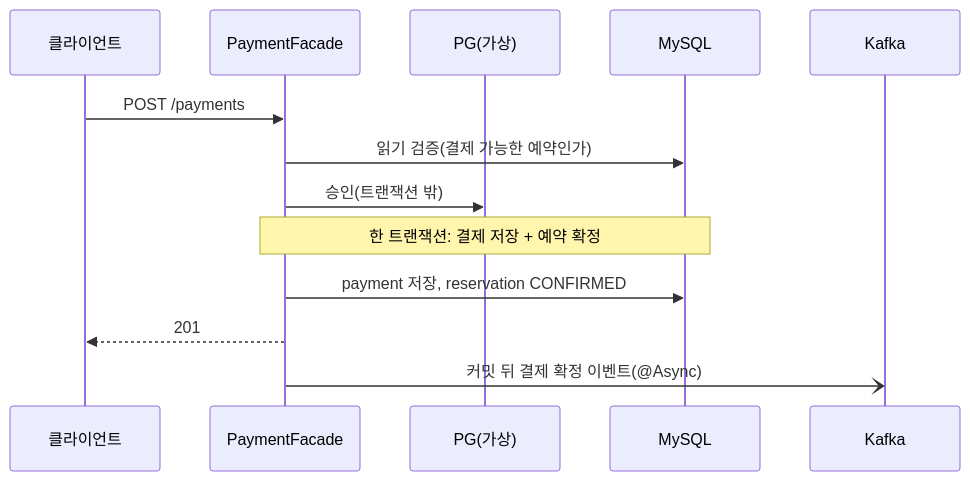
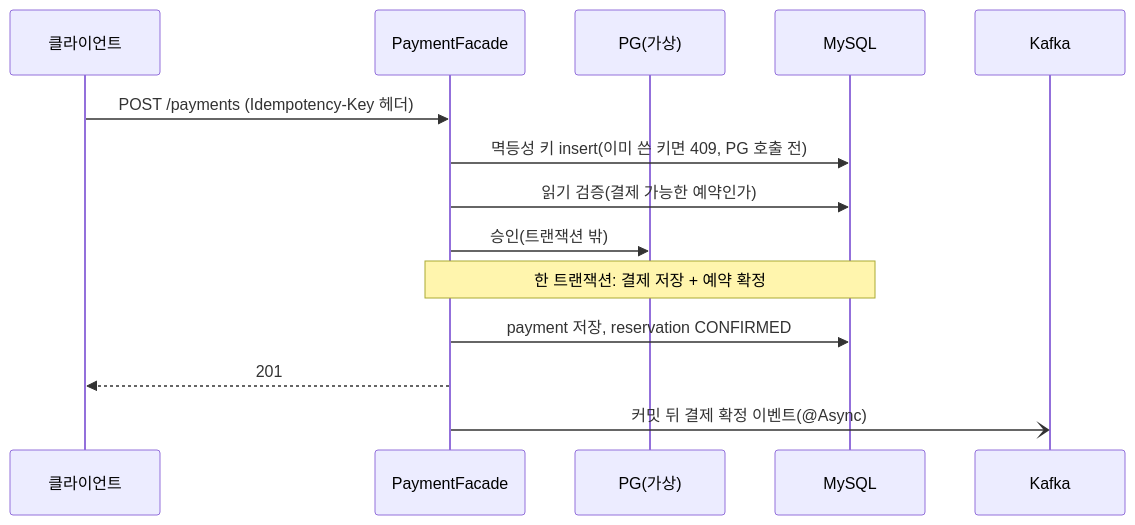
One commit to f-lab-edu/pdg-reservation changed the third of 5 diagrams in docs/architecture.md. Above: the diagram before and after it, drawn with Mermaid. The commit also changed other lines of this file and 14 other files, not shown here.

````diff
--- a/docs/architecture.md
+++ b/docs/architecture.md
@@ -83,15 +83,16 @@
 ```mermaid
 sequenceDiagram
     participant C as 클라이언트
     participant F as PaymentFacade
     participant PG as PG(가상)
     participant DB as MySQL
     participant K as Kafka
-    C->>F: POST /payments
+    C->>F: POST /payments (Idempotency-Key 헤더)
+    F->>DB: 멱등성 키 insert(이미 쓴 키면 409, PG 호출 전)
     F->>DB: 읽기 검증(결제 가능한 예약인가)
     F->>PG: 승인(트랜잭션 밖)
     Note over F,DB: 한 트랜잭션: 결제 저장 + 예약 확정
     F->>DB: payment 저장, reservation CONFIRMED
     F-->>C: 201
     F-)K: 커밋 뒤 결제 확정 이벤트(@Async)
 ```
````
